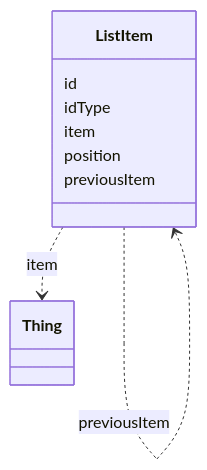
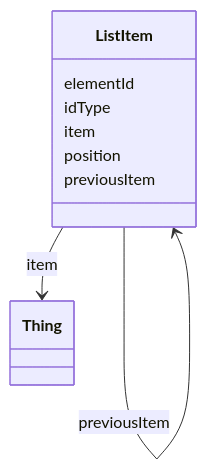
The diagram in item-list/ListItem.md (dalito/ontology-access-kit), drawn with Mermaid before and after one commit. The commit also changed other lines of this file and 3370 other files, not shown here.

````diff
--- a/item-list/ListItem.md
+++ b/item-list/ListItem.md
@@ -11,19 +15,19 @@
 ```{mermaid}
  classDiagram
     class ListItem
-      ListItem : id
+      ListItem : elementId
         
       ListItem : idType
         
       ListItem : item
         
-          ListItem ..> Thing : item
+          ListItem --> Thing : item
         
       ListItem : position
         
       ListItem : previousItem
         
-          ListItem ..> ListItem : previousItem
+          ListItem --> ListItem : previousItem
         
       
 ```
````
